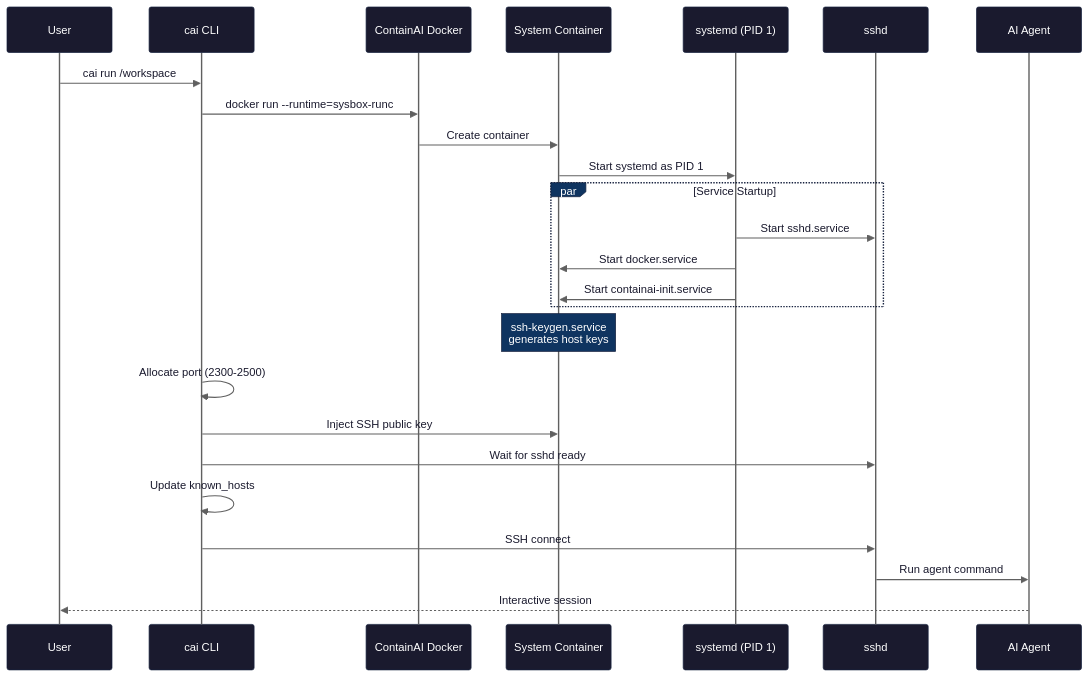
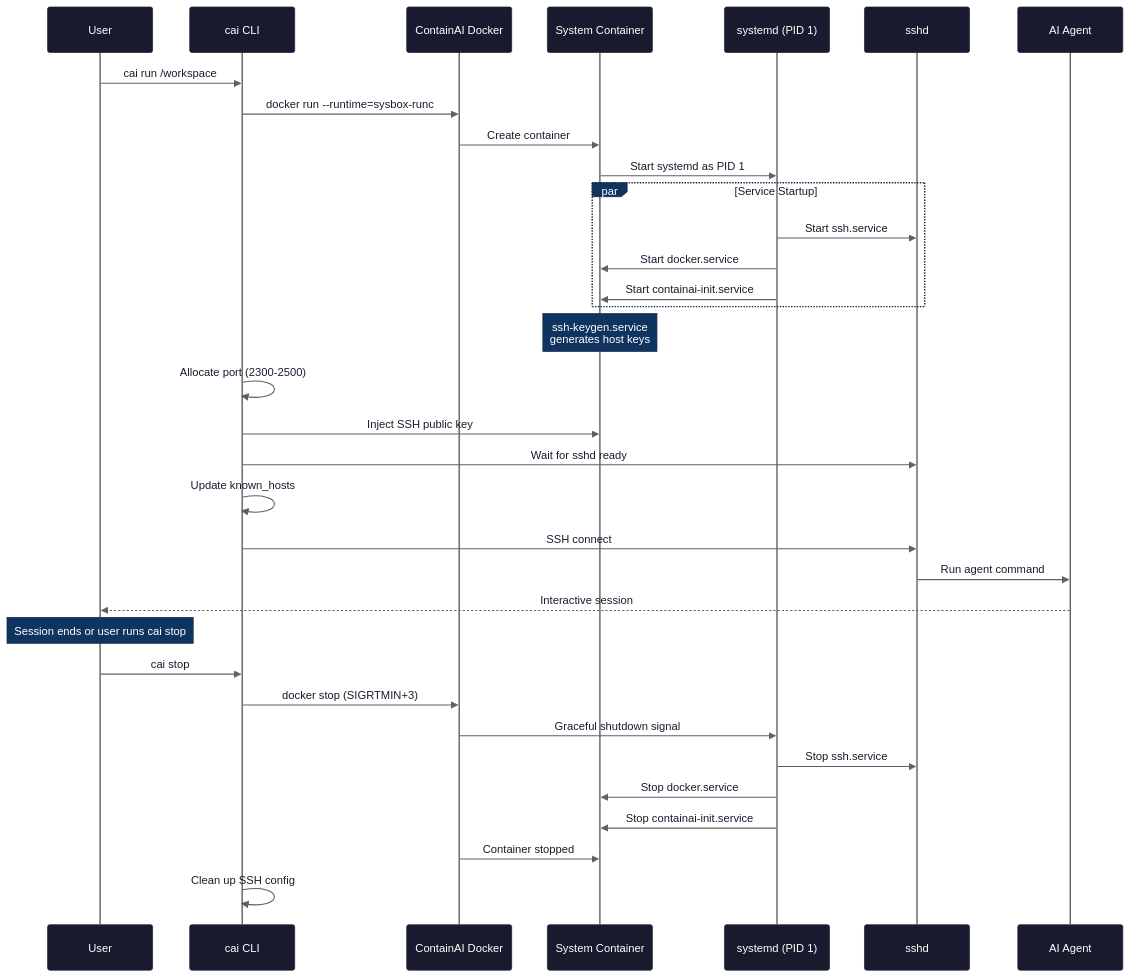
The third of 11 diagrams in docs/architecture.md (novotnyllc/ContainAI), drawn with Mermaid before and after one commit. The commit also changed other lines of this file, not shown here.

First line of the commit message:
docs(architecture): address review feedback

````diff
--- a/docs/architecture.md
+++ b/docs/architecture.md
@@ -168,50 +168,61 @@
 ```mermaid
 %%{init: {'theme': 'base', 'themeVariables': {
   'background': '#f5f5f5',
   'actorBkg': '#1a1a2e',
   'actorTextColor': '#ffffff',
   'actorBorder': '#16213e',
   'actorLineColor': '#606060',
   'signalColor': '#606060',
   'signalTextColor': '#1a1a2e',
   'labelBoxBkgColor': '#0f3460',
   'labelBoxBorderColor': '#16213e',
   'labelTextColor': '#ffffff',
   'loopTextColor': '#1a1a2e',
   'noteBkgColor': '#0f3460',
   'noteTextColor': '#ffffff',
   'noteBorderColor': '#16213e',
   'activationBkgColor': '#16213e',
   'activationBorderColor': '#0f3460',
   'sequenceNumberColor': '#1a1a2e'
 }}}%%
 sequenceDiagram
     participant User
     participant CLI as cai CLI
     participant Docker as ContainAI Docker
     participant Container as System Container
     participant Systemd as systemd (PID 1)
     participant SSH as sshd
     participant Agent as AI Agent
 
     User->>CLI: cai run /workspace
     CLI->>Docker: docker run --runtime=sysbox-runc
     Docker->>Container: Create container
     Container->>Systemd: Start systemd as PID 1
 
     par Service Startup
-        Systemd->>SSH: Start sshd.service
+        Systemd->>SSH: Start ssh.service
         Systemd->>Container: Start docker.service
         Systemd->>Container: Start containai-init.service
     end
 
     Note over Container: ssh-keygen.service<br/>generates host keys
 
     CLI->>CLI: Allocate port (2300-2500)
     CLI->>Container: Inject SSH public key
     CLI->>SSH: Wait for sshd ready
     CLI->>CLI: Update known_hosts
     CLI->>SSH: SSH connect
     SSH->>Agent: Run agent command
     Agent-->>User: Interactive session
+
+    Note over User: Session ends or user runs cai stop
+
+    User->>CLI: cai stop
+    CLI->>Docker: docker stop (SIGRTMIN+3)
+    Docker->>Systemd: Graceful shutdown signal
+    Systemd->>SSH: Stop ssh.service
+    Systemd->>Container: Stop docker.service
+    Systemd->>Container: Stop containai-init.service
+    Docker->>Container: Container stopped
+    CLI->>CLI: Clean up SSH config
 ```
````
